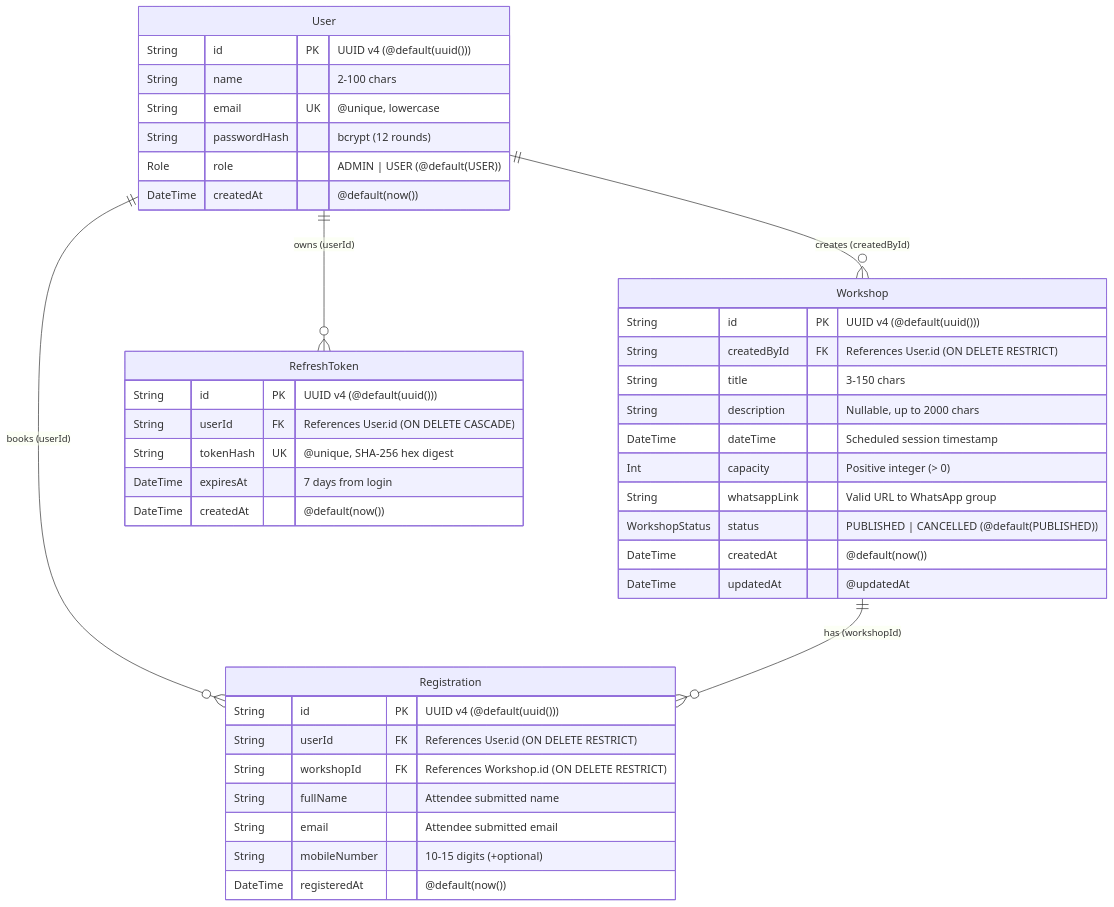
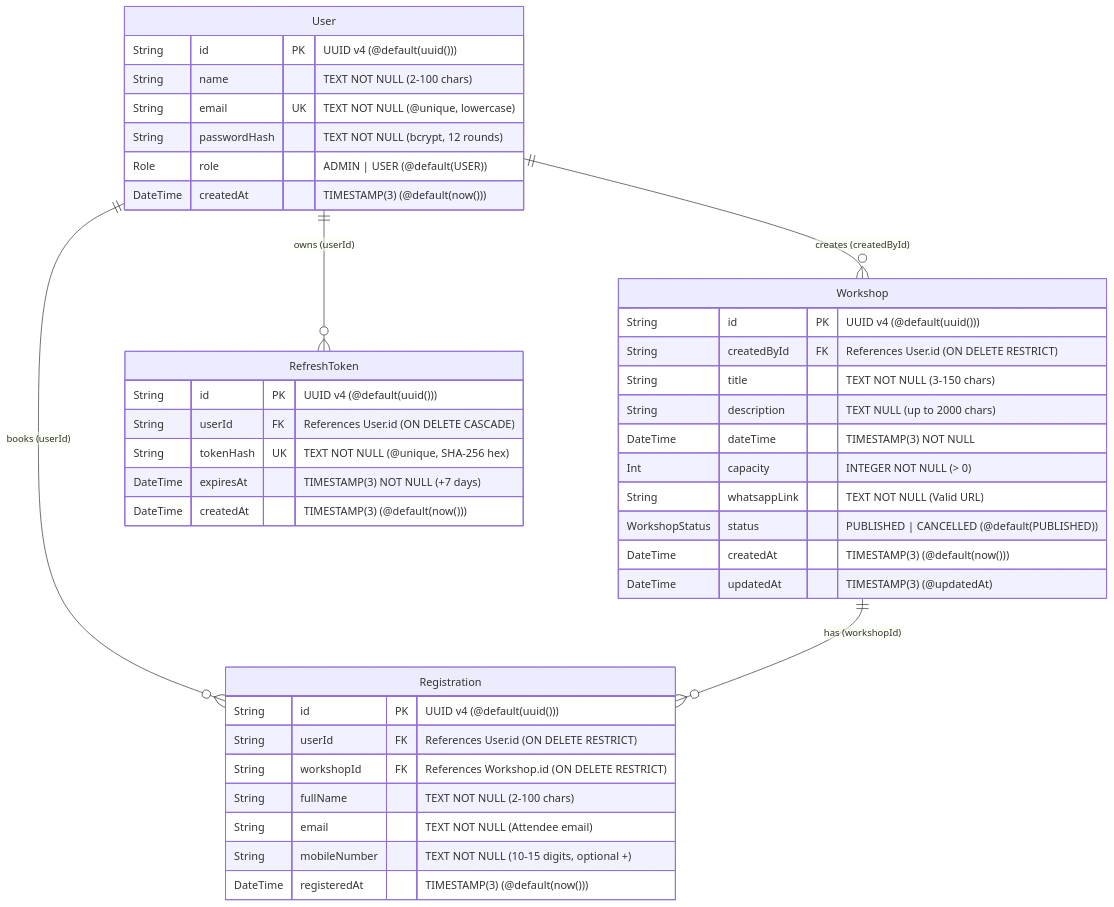
The second of 3 diagrams in DATABASE_DESIGN.md (Manas-Sandhu/workshop-management-platform), drawn with Mermaid before and after one commit. The commit also changed other lines of this file, not shown here.

Commit message:
docs: expand DATABASE_DESIGN.md with detailed schema, locking, and DDL documentation

````diff
--- a/DATABASE_DESIGN.md
+++ b/DATABASE_DESIGN.md
@@ -9,47 +58,47 @@
 ```mermaid
 erDiagram
     User ||--o{ Workshop : "creates (createdById)"
     User ||--o{ Registration : "books (userId)"
     User ||--o{ RefreshToken : "owns (userId)"
     Workshop ||--o{ Registration : "has (workshopId)"
 
     User {
         String id PK "UUID v4 (@default(uuid()))"
-        String name "2-100 chars"
-        String email UK "@unique, lowercase"
-        String passwordHash "bcrypt (12 rounds)"
+        String name "TEXT NOT NULL (2-100 chars)"
+        String email UK "TEXT NOT NULL (@unique, lowercase)"
+        String passwordHash "TEXT NOT NULL (bcrypt, 12 rounds)"
         Role role "ADMIN | USER (@default(USER))"
-        DateTime createdAt "@default(now())"
+        DateTime createdAt "TIMESTAMP(3) (@default(now()))"
     }
 
     Workshop {
         String id PK "UUID v4 (@default(uuid()))"
         String createdById FK "References User.id (ON DELETE RESTRICT)"
-        String title "3-150 chars"
-        String description "Nullable, up to 2000 chars"
-        DateTime dateTime "Scheduled session timestamp"
-        Int capacity "Positive integer (> 0)"
-        String whatsappLink "Valid URL to WhatsApp group"
+        String title "TEXT NOT NULL (3-150 chars)"
+        String description "TEXT NULL (up to 2000 chars)"
+        DateTime dateTime "TIMESTAMP(3) NOT NULL"
+        Int capacity "INTEGER NOT NULL (> 0)"
+        String whatsappLink "TEXT NOT NULL (Valid URL)"
         WorkshopStatus status "PUBLISHED | CANCELLED (@default(PUBLISHED))"
-        DateTime createdAt "@default(now())"
-        DateTime updatedAt "@updatedAt"
+        DateTime createdAt "TIMESTAMP(3) (@default(now()))"
+        DateTime updatedAt "TIMESTAMP(3) (@updatedAt)"
     }
 
     Registration {
         String id PK "UUID v4 (@default(uuid()))"
         String userId FK "References User.id (ON DELETE RESTRICT)"
         String workshopId FK "References Workshop.id (ON DELETE RESTRICT)"
-        String fullName "Attendee submitted name"
-        String email "Attendee submitted email"
-        String mobileNumber "10-15 digits (+optional)"
-        DateTime registeredAt "@default(now())"
+        String fullName "TEXT NOT NULL (2-100 chars)"
+        String email "TEXT NOT NULL (Attendee email)"
+        String mobileNumber "TEXT NOT NULL (10-15 digits, optional +)"
+        DateTime registeredAt "TIMESTAMP(3) (@default(now()))"
     }
 
     RefreshToken {
         String id PK "UUID v4 (@default(uuid()))"
         String userId FK "References User.id (ON DELETE CASCADE)"
-        String tokenHash UK "@unique, SHA-256 hex digest"
-        DateTime expiresAt "7 days from login"
-        DateTime createdAt "@default(now())"
+        String tokenHash UK "TEXT NOT NULL (@unique, SHA-256 hex)"
+        DateTime expiresAt "TIMESTAMP(3) NOT NULL (+7 days)"
+        DateTime createdAt "TIMESTAMP(3) (@default(now()))"
     }
 ```
````
